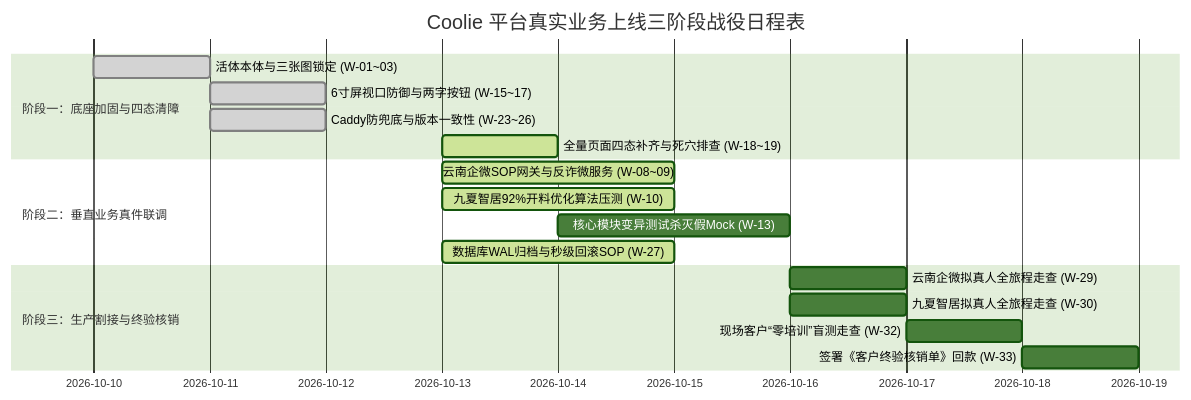
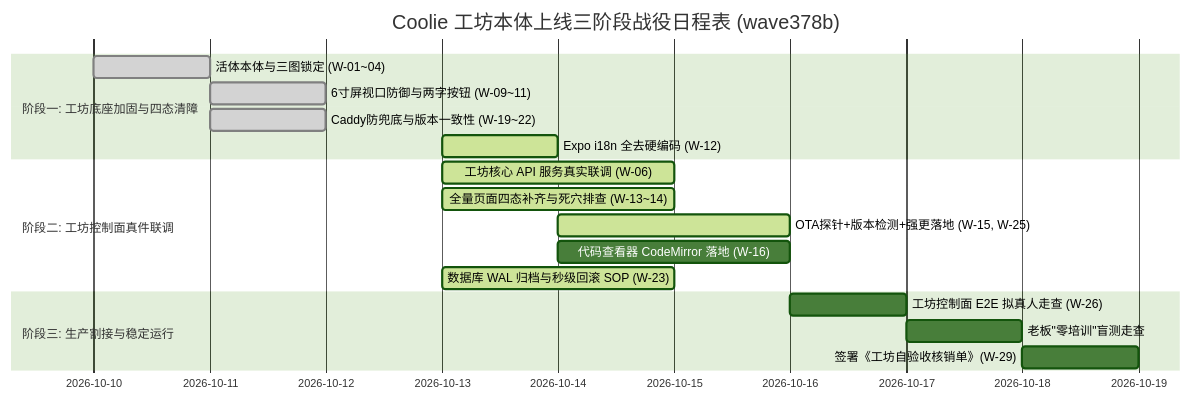
Before and after one commit to xaicd/coolie: the second of 2 diagrams in docs-coolie/QA/2026-10-12-wave378-launch-worklist.md, drawn with Mermaid (forest theme). The commit also changed other lines of this file, not shown here.

Commit message:
fix(plan): wave378b 撤回云南移动/九夏智居跑题项目 只列 xrobinai.cn 工厂本体上线 (老板拍a=撤回)

````diff
--- a/docs-coolie/QA/2026-10-12-wave378-launch-worklist.md
+++ b/docs-coolie/QA/2026-10-12-wave378-launch-worklist.md
@@ -268,20 +265,20 @@
 ```mermaid
 gantt
-    title Coolie 平台真实业务上线三阶段战役日程表
+    title Coolie 工坊本体上线三阶段战役日程表 (wave378b)
     dateFormat  YYYY-MM-DD
-    section 阶段一：底座加固与四态清障
-    活体本体与三张图锁定 (W-01~03)       :done,    des1, 2026-10-10, 2026-10-11
-    6寸屏视口防御与两字按钮 (W-15~17)     :done,    des2, 2026-10-11, 2026-10-12
-    Caddy防兜底与版本一致性 (W-23~26)     :done,    des3, 2026-10-11, 2026-10-12
-    全量页面四态补齐与死穴排查 (W-18~19)  :active,  des4, 2026-10-13, 2026-10-14
-    section 阶段二：垂直业务真件联调
-    云南企微SOP网关与反诈微服务 (W-08~09) :active,  dev1, 2026-10-13, 2026-10-15
-    九夏智居92%开料优化算法压测 (W-10)    :active,  dev2, 2026-10-13, 2026-10-15
-    核心模块变异测试杀灭假Mock (W-13)     :         dev3, 2026-10-14, 2026-10-16
-    数据库WAL归档与秒级回滚SOP (W-27)     :active,  dev4, 2026-10-13, 2026-10-15
-    section 阶段三：生产割接与终验核销
-    云南企微拟真人全旅程走查 (W-29)       :         uat1, 2026-10-16, 2026-10-17
-    九夏智居拟真人全旅程走查 (W-30)       :         uat2, 2026-10-16, 2026-10-17
-    现场客户“零培训”盲测走查 (W-32)       :         uat3, 2026-10-17, 2026-10-18
-    签署《客户终验核销单》回款 (W-33)     :         uat4, 2026-10-18, 2026-10-19
+    section 阶段一: 工坊底座加固与四态清障
+    活体本体与三图锁定 (W-01~04)              :done,    des1, 2026-10-10, 2026-10-11
+    6寸屏视口防御与两字按钮 (W-09~11)          :done,    des2, 2026-10-11, 2026-10-12
+    Caddy防兜底与版本一致性 (W-19~22)          :done,    des3, 2026-10-11, 2026-10-12
+    Expo i18n 全去硬编码 (W-12)                :active,  des4, 2026-10-13, 2026-10-14
+    section 阶段二: 工坊控制面真件联调
+    工坊核心 API 服务真实联调 (W-06)            :active,  dev1, 2026-10-13, 2026-10-15
+    全量页面四态补齐与死穴排查 (W-13~14)       :active,  dev2, 2026-10-13, 2026-10-15
+    OTA探针+版本检测+强更落地 (W-15, W-25)     :active,  dev3, 2026-10-14, 2026-10-16
+    代码查看器 CodeMirror 落地 (W-16)           :         dev4, 2026-10-14, 2026-10-16
+    数据库 WAL 归档与秒级回滚 SOP (W-23)       :active,  dev5, 2026-10-13, 2026-10-15
+    section 阶段三: 生产割接与稳定运行
+    工坊控制面 E2E 拟真人走查 (W-26)           :         uat1, 2026-10-16, 2026-10-17
+    老板"零培训"盲测走查                        :         uat2, 2026-10-17, 2026-10-18
+    签署《工坊自验收核销单》(W-29)              :         uat3, 2026-10-18, 2026-10-19
 ```
````
